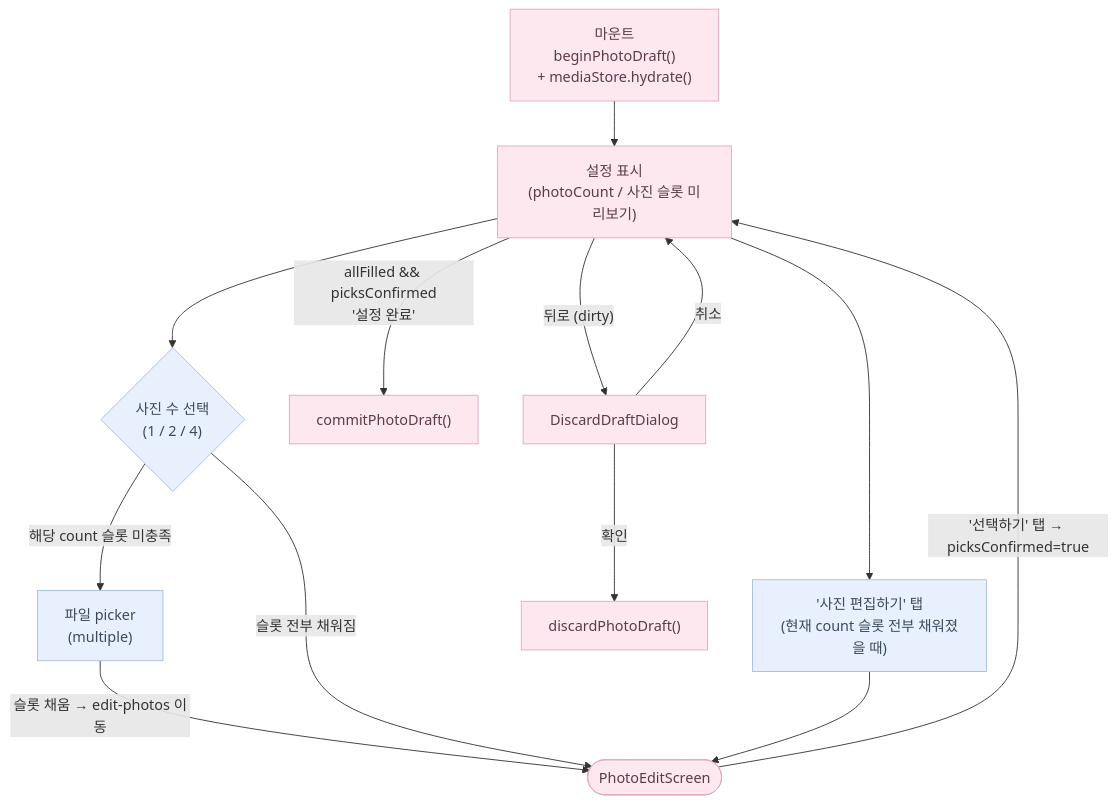
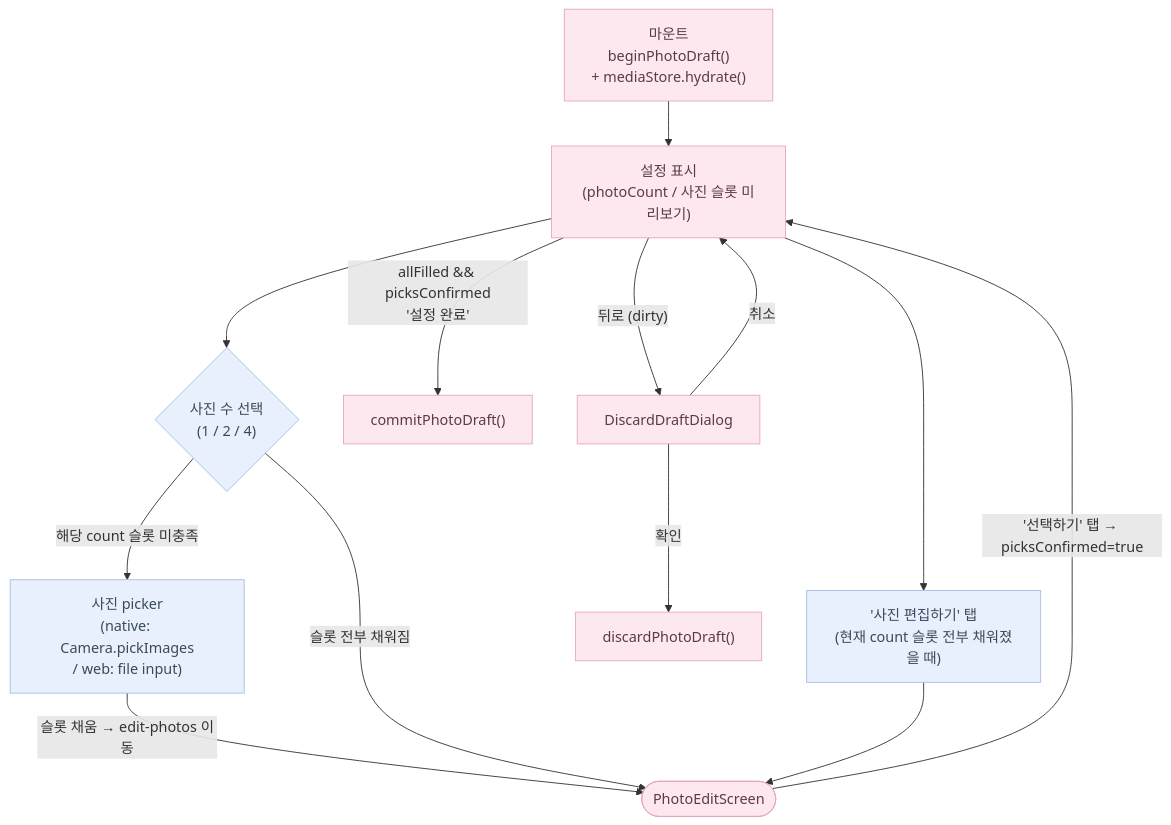
Before and after one commit to soojjung/dwee-wellness-tracker: the third of 6 diagrams in docs/flows/customize.md, drawn with Mermaid. The commit also changed other lines of this file and 14 other files, not shown here.

First line of the commit message:
feat(customize): tab bar gradient, native photo picker, edit polish (#41)

````diff
--- a/docs/flows/customize.md
+++ b/docs/flows/customize.md
@@ -73,22 +73,22 @@
 ```mermaid
 flowchart TD
     Mount["마운트\nbeginPhotoDraft()\n+ mediaStore.hydrate()"] --> Show["설정 표시\n(photoCount / 사진 슬롯 미리보기)"]
     Show --> EditCount{"사진 수 선택\n(1 / 2 / 4)"}
     Show --> TapEdit["'사진 편집하기' 탭\n(현재 count 슬롯 전부 채워졌을 때)"]
 
-    EditCount -->|"해당 count 슬롯 미충족"| Pick["파일 picker\n(multiple)"]
+    EditCount -->|"해당 count 슬롯 미충족"| Pick["사진 picker\n(native: Camera.pickImages\n/ web: file input)"]
     Pick -->|"슬롯 채움 → edit-photos 이동"| EditPhotos([PhotoEditScreen])
     EditCount -->|"슬롯 전부 채워짐"| EditPhotos
     TapEdit --> EditPhotos
     EditPhotos -->|"'선택하기' 탭 → picksConfirmed=true"| Show
 
     Show -->|"allFilled && picksConfirmed\n'설정 완료'"| Commit["commitPhotoDraft()"]
     Show -->|"뒤로 (dirty)"| Dialog["DiscardDraftDialog"]
     Dialog -->|"확인"| Discard["discardPhotoDraft()"]
     Dialog -->|"취소"| Show
 
     classDef ui fill:#FDE8EF,stroke:#E5A8BD,color:#5C3A4A;
     classDef logic fill:#E8F0FD,stroke:#A8BDE5,color:#3A4A5C;
     class Mount,Show,EditPhotos,Commit,Discard,Dialog ui;
     class EditCount,TapEdit,Pick logic;
 ```
````
